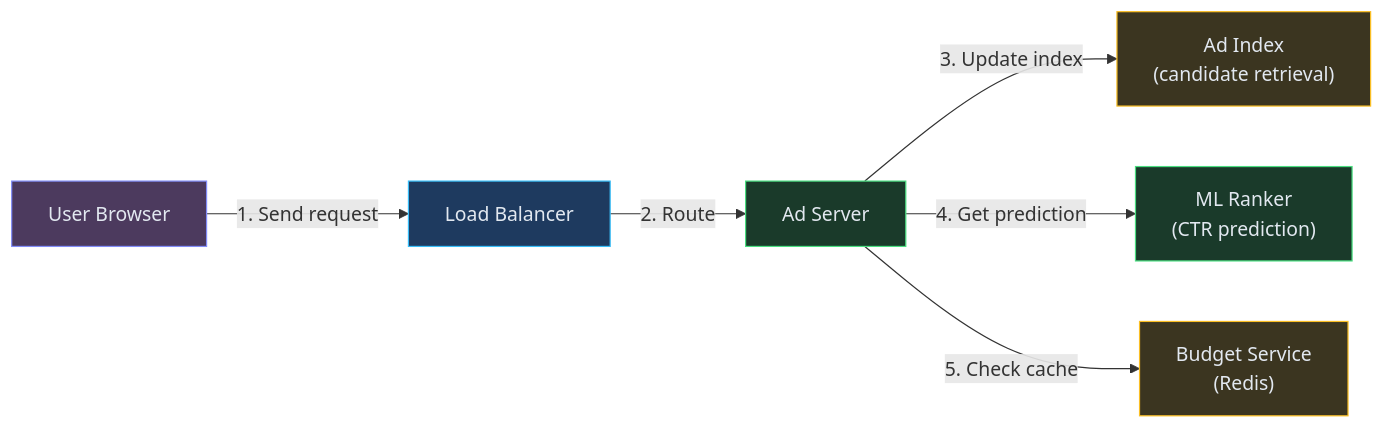
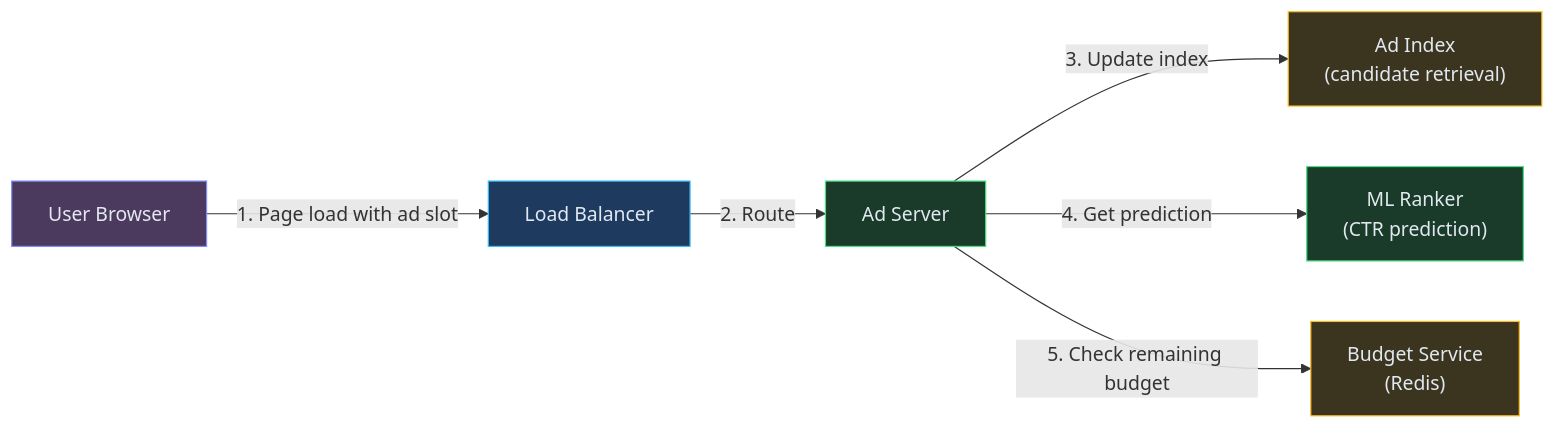
One commit to iluzn/HLD-Designs changed the second of 6 diagrams in content/hld/AdSystem.md. Above: the diagram before and after it, drawn with Mermaid. The commit also changed other lines of this file and 27 other files, not shown here.

````diff
--- a/content/hld/AdSystem.md
+++ b/content/hld/AdSystem.md
@@ -161,20 +161,20 @@
 ```mermaid
 flowchart LR
     USER["User Browser"]:::client
     LB["Load Balancer"]:::edge
     ADSERV["Ad Server"]:::service
     INDEX["Ad Index<br/>(candidate retrieval)"]:::data
     ML["ML Ranker<br/>(CTR prediction)"]:::service
     BUDGET["Budget Service<br/>(Redis)"]:::data
 
-    USER -->|"1. Send request"| LB
+    USER -->|"1. Page load with ad slot"| LB
     LB -->|"2. Route"| ADSERV
     ADSERV -->|"3. Update index"| INDEX
     ADSERV -->|"4. Get prediction"| ML
-    ADSERV -->|"5. Check cache"| BUDGET
+    ADSERV -->|"5. Check remaining budget"| BUDGET
 
     classDef client fill:#4c3a5e,stroke:#818cf8,color:#e2e8f0
     classDef edge fill:#1e3a5f,stroke:#38bdf8,color:#e2e8f0
     classDef service fill:#1a3a2a,stroke:#4ade80,color:#e2e8f0
     classDef data fill:#3b3520,stroke:#fbbf24,color:#e2e8f0
 ```
````
